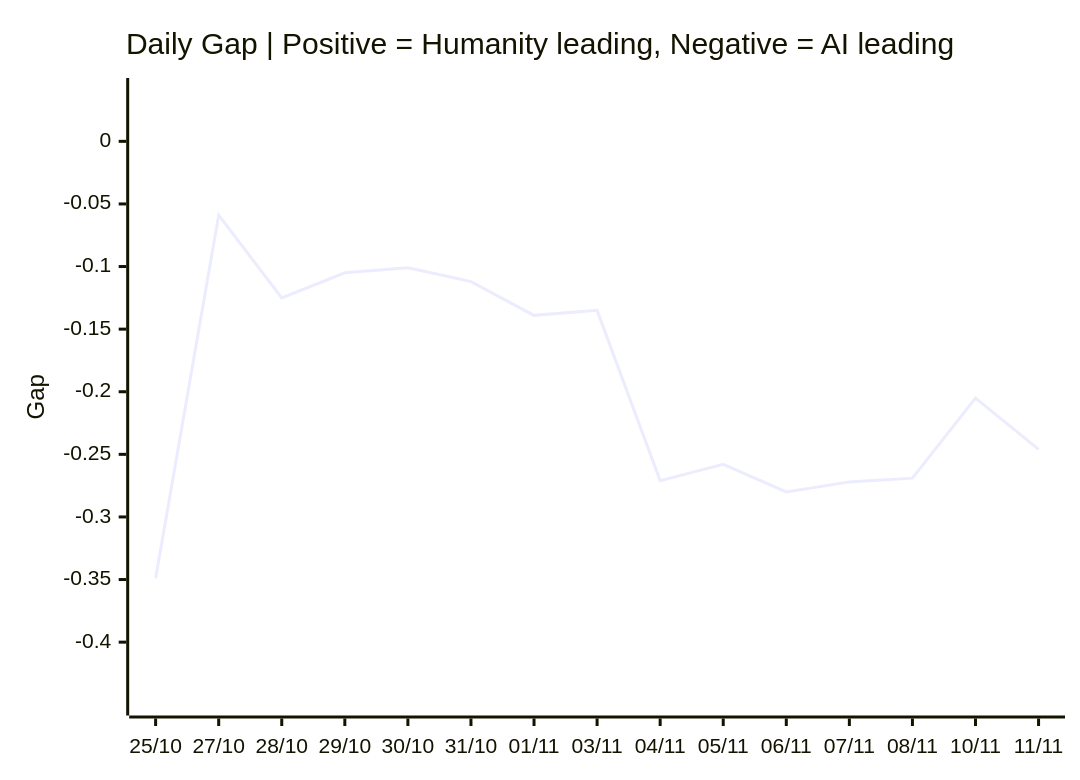
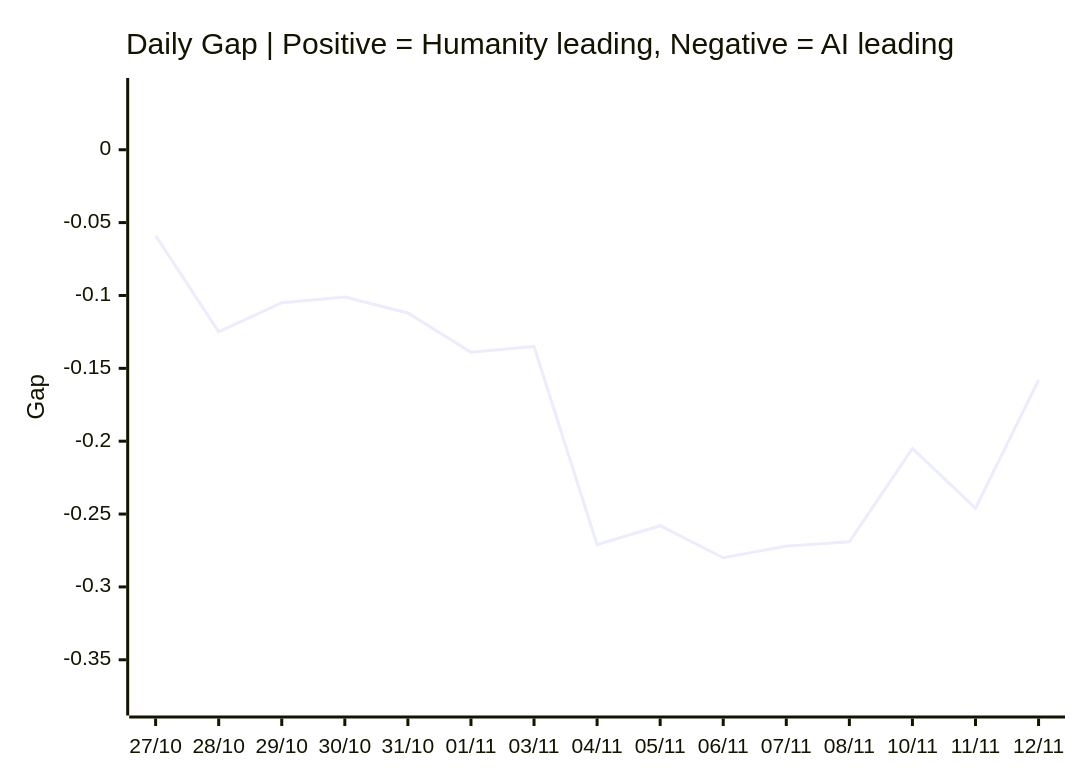
Before and after one commit to VQQLK/Human-AI-Monitor: the third of 3 diagrams in README.md, drawn with Mermaid. The commit also changed other lines of this file and 3 other files, not shown here.

````diff
--- a/README.md
+++ b/README.md
@@ -55,7 +55,7 @@
 ```mermaid
 xychart-beta
     title "Daily Gap | Positive = Humanity leading, Negative = AI leading"
-    x-axis ["25/10", "27/10", "28/10", "29/10", "30/10", "31/10", "01/11", "03/11", "04/11", "05/11", "06/11", "07/11", "08/11", "10/11", "11/11"]
-    y-axis "Gap" -0.449 --> 0.041
-    line [-0.349, -0.059, -0.125, -0.105, -0.101, -0.112, -0.139, -0.135, -0.271, -0.258, -0.280, -0.272, -0.269, -0.205, -0.246]
+    x-axis ["27/10", "28/10", "29/10", "30/10", "31/10", "01/11", "03/11", "04/11", "05/11", "06/11", "07/11", "08/11", "10/11", "11/11", "12/11"]
+    y-axis "Gap" -0.380 --> 0.041
+    line [-0.059, -0.125, -0.105, -0.101, -0.112, -0.139, -0.135, -0.271, -0.258, -0.280, -0.272, -0.269, -0.205, -0.246, -0.158]
 ```
````
